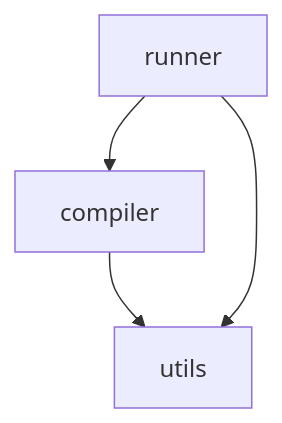
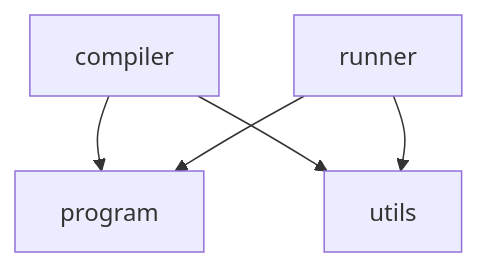
One commit to Nicolas-Ferre/gpex changed the first of 3 diagrams in doc/architecture.md. Above: the diagram before and after it, drawn with Mermaid. The commit also changed other lines of this file and 79 other files, not shown here.

````diff
--- a/doc/architecture.md
+++ b/doc/architecture.md
@@ -55,6 +58,7 @@
 ```mermaid
 graph TD
+    compiler --> program
     compiler --> utils
-    runner --> compiler
+    runner --> program
     runner --> utils
 ```
````
